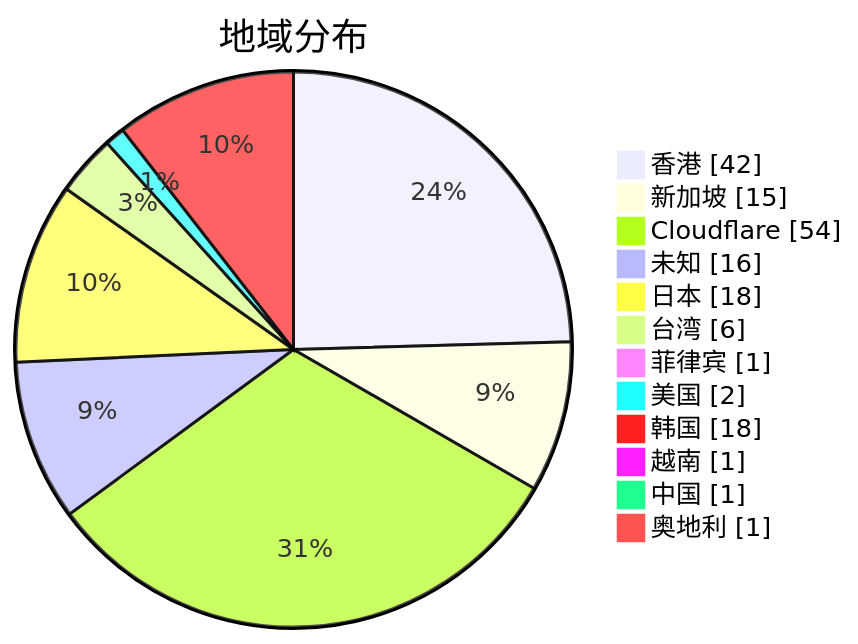
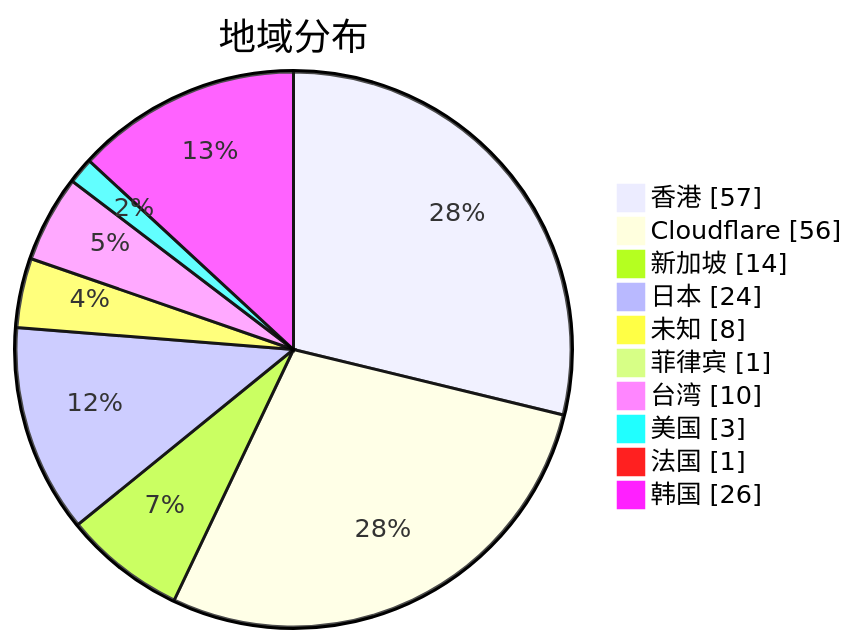
Before and after one commit to qjlxg/airport: the second of 3 diagrams in subs/statistics/tested_within.md, drawn with Mermaid. The commit also changed other lines of this file and 2 other files, not shown here.

Commit message:
Tested by metaST

````diff
--- a/subs/statistics/tested_within.md
+++ b/subs/statistics/tested_within.md
@@ -12,16 +11,14 @@
 ```mermaid
 pie showData
 title 地域分布
-"香港" : 42
-"新加坡" : 15
-"Cloudflare" : 54
-"未知" : 16
-"日本" : 18
-"台湾" : 6
+"香港" : 57
+"Cloudflare" : 56
+"新加坡" : 14
+"日本" : 24
+"未知" : 8
 "菲律宾" : 1
-"美国" : 2
-"韩国" : 18
-"越南" : 1
-"中国" : 1
-"奥地利" : 1
+"台湾" : 10
+"美国" : 3
+"法国" : 1
+"韩国" : 26
 ```
````
